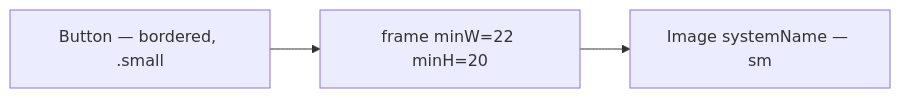
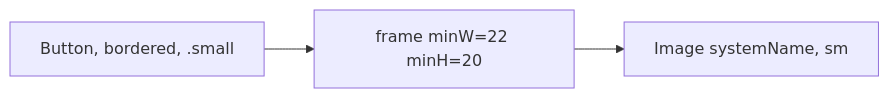
Before and after one commit to MrDemonWolf/WolfWave: the diagram in design-system/components/ds-icon-button.md, drawn with Mermaid. The commit also changed other lines of this file and 152 other files, not shown here.

````diff
--- a/design-system/components/ds-icon-button.md
+++ b/design-system/components/ds-icon-button.md
@@ -32,5 +32,5 @@
 ```mermaid
 graph LR
-  Btn[Button — bordered, .small] --> Frame["frame minW=22 minH=20"]
-  Frame --> Icon[Image systemName — sm]
+  Btn[Button, bordered, .small] --> Frame["frame minW=22 minH=20"]
+  Frame --> Icon[Image systemName, sm]
 ```
````
